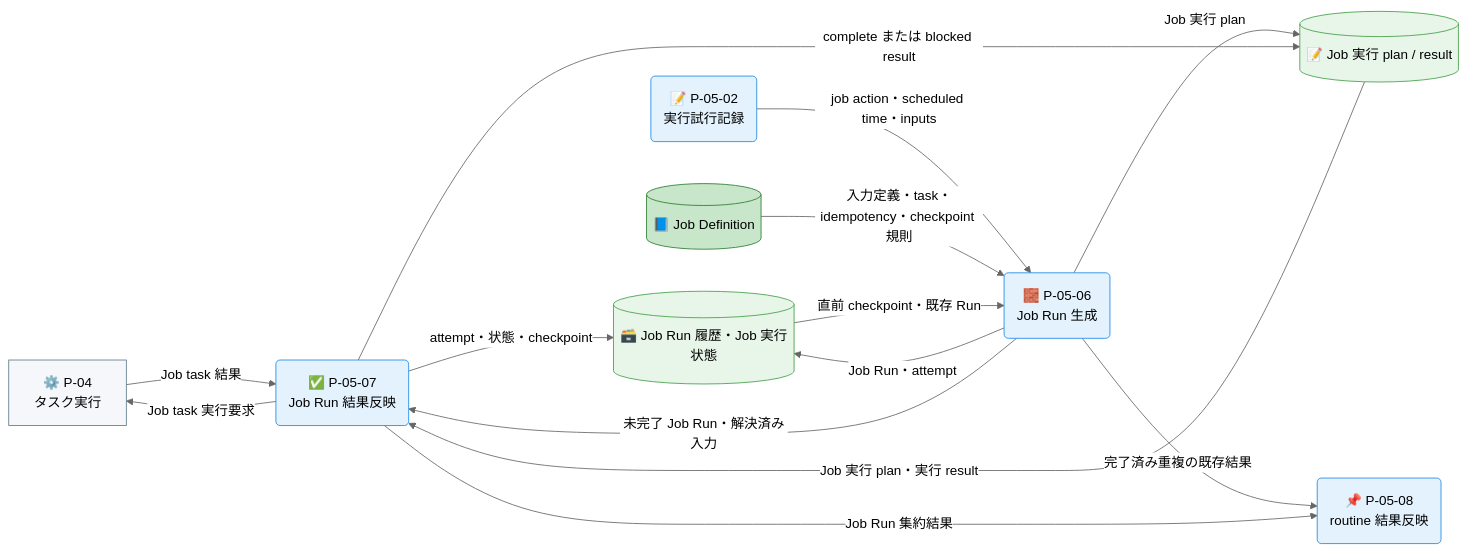
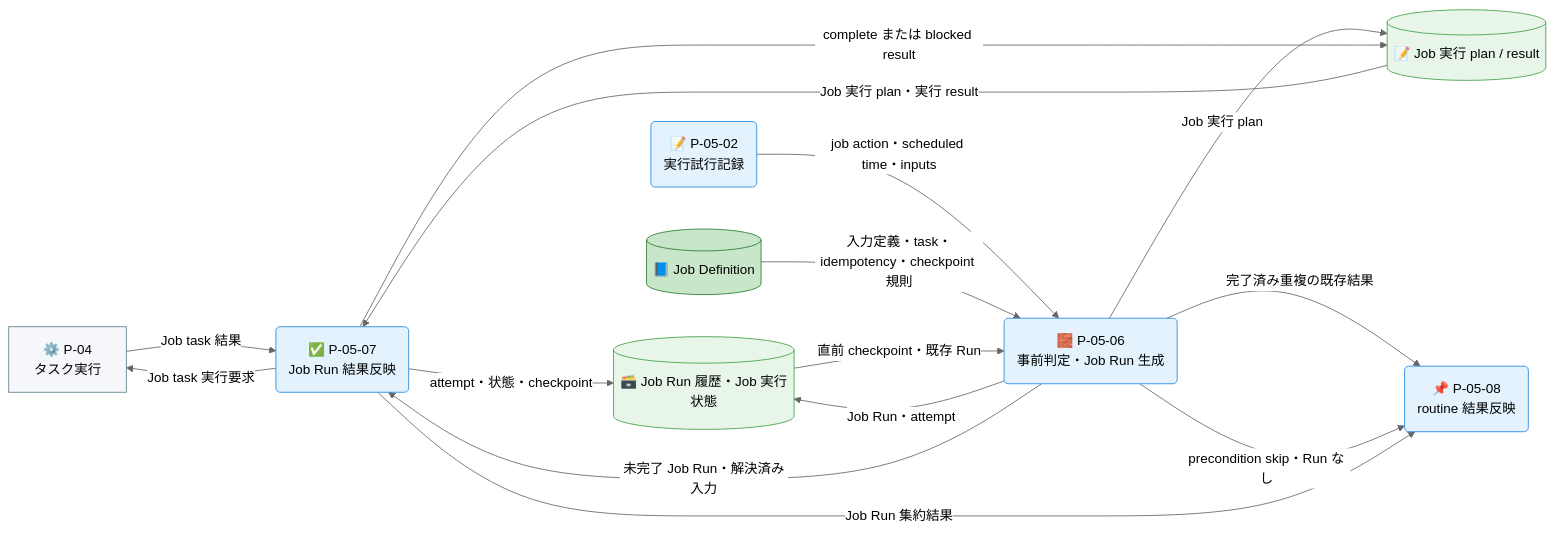
Before and after one commit to specdojo/spec-dojo-handbook: the third of 3 diagrams in docs/ja/product/010-business-specs/010-data-flow/cdfd-routine.md, drawn with Mermaid (neutral theme). The commit also changed other lines of this file and 19 other files, not shown here.

Commit message:
exec(register PJR-33SB): grade の定期再評価で選択 0 件のときは Job Run の記録を残さない

````diff
--- a/docs/ja/product/010-business-specs/010-data-flow/cdfd-routine.md
+++ b/docs/ja/product/010-business-specs/010-data-flow/cdfd-routine.md
@@ -182,37 +182,38 @@
 ```mermaid
 flowchart LR
   classDef process fill:#e3f2fd,stroke:#1e88e5,color:#000
   classDef storeMaster fill:#c8e6c9,stroke:#2e7d32,color:#000
   classDef storeTransaction fill:#e8f5e9,stroke:#43a047,color:#000
   classDef actor fill:#f5f7fa,stroke:#607d8b,color:#000
 
   タスク実行先["⚙️ P-04<br>タスク実行"]
 
   実行試行記録("📝 P-05-02<br>実行試行記録")
-  JobRun生成("🧱 P-05-06<br>Job Run 生成")
+  JobRun生成("🧱 P-05-06<br>事前判定・Job Run 生成")
   JobRun結果反映("✅ P-05-07<br>Job Run 結果反映")
   routine結果反映("📌 P-05-08<br>routine 結果反映")
 
   JobDefinition[("📘 Job Definition")]
   JobRun履歴[("🗃️ Job Run 履歴・Job 実行状態")]
   planResult[("📝 Job 実行 plan / result")]
 
   実行試行記録 -->|"job action・scheduled time・inputs"| JobRun生成
   JobDefinition -->|"入力定義・task・idempotency・checkpoint 規則"| JobRun生成
   JobRun履歴 -->|"直前 checkpoint・既存 Run"| JobRun生成
   JobRun生成 -->|"Job Run・attempt"| JobRun履歴
   JobRun生成 -->|"Job 実行 plan"| planResult
   JobRun生成 -->|"未完了 Job Run・解決済み入力"| JobRun結果反映
   JobRun生成 -->|"完了済み重複の既存結果"| routine結果反映
+  JobRun生成 -->|"precondition skip・Run なし"| routine結果反映
   planResult -->|"Job 実行 plan・実行 result"| JobRun結果反映
   JobRun結果反映 -->|"Job task 実行要求"| タスク実行先
   タスク実行先 -->|"Job task 結果"| JobRun結果反映
   JobRun結果反映 -->|"attempt・状態・checkpoint"| JobRun履歴
   JobRun結果反映 -->|"complete または blocked result"| planResult
   JobRun結果反映 -->|"Job Run 集約結果"| routine結果反映
 
   class 実行試行記録,JobRun生成,JobRun結果反映,routine結果反映 process
   class JobDefinition storeMaster
   class JobRun履歴,planResult storeTransaction
   class タスク実行先 actor
 ```
````
